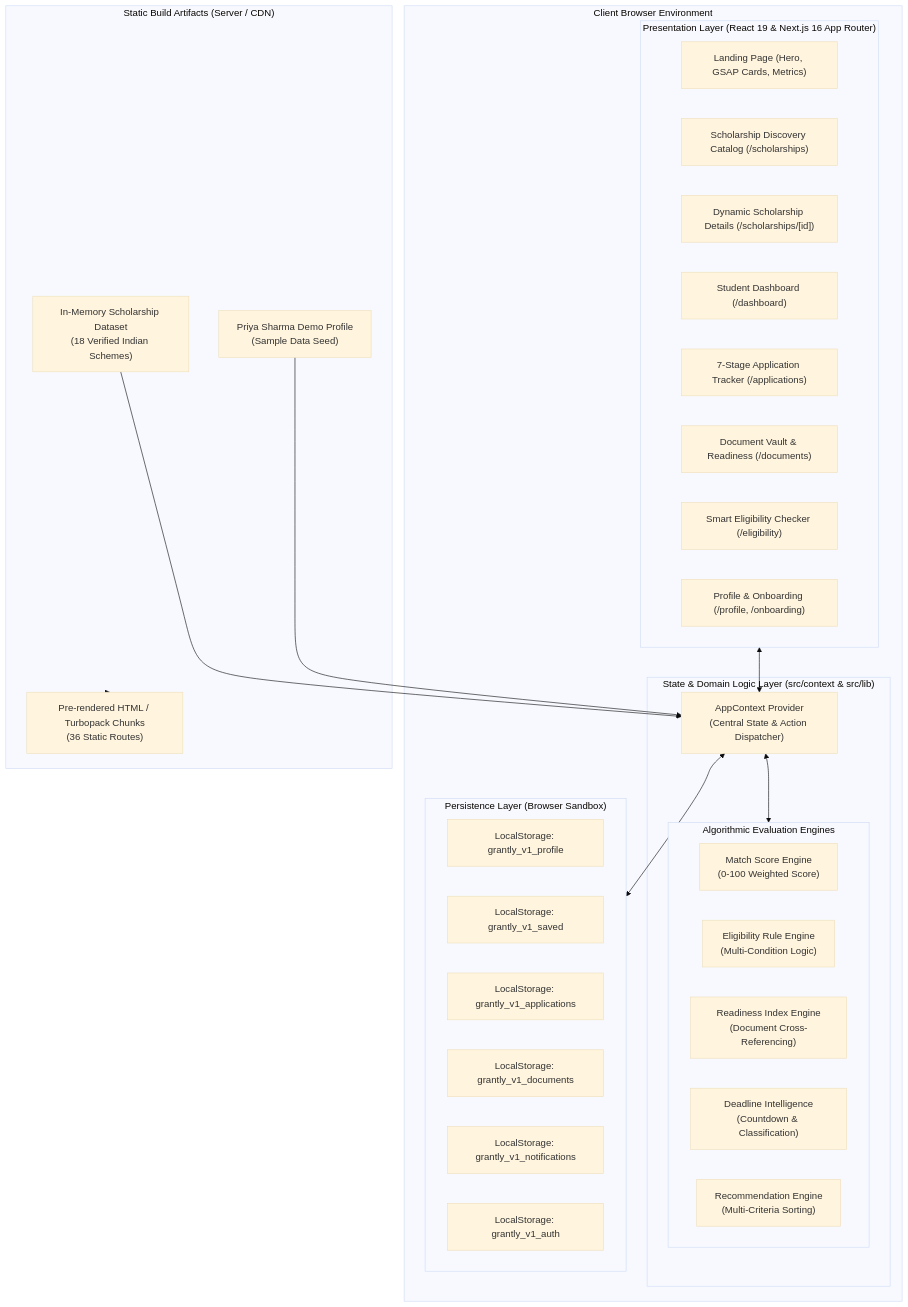
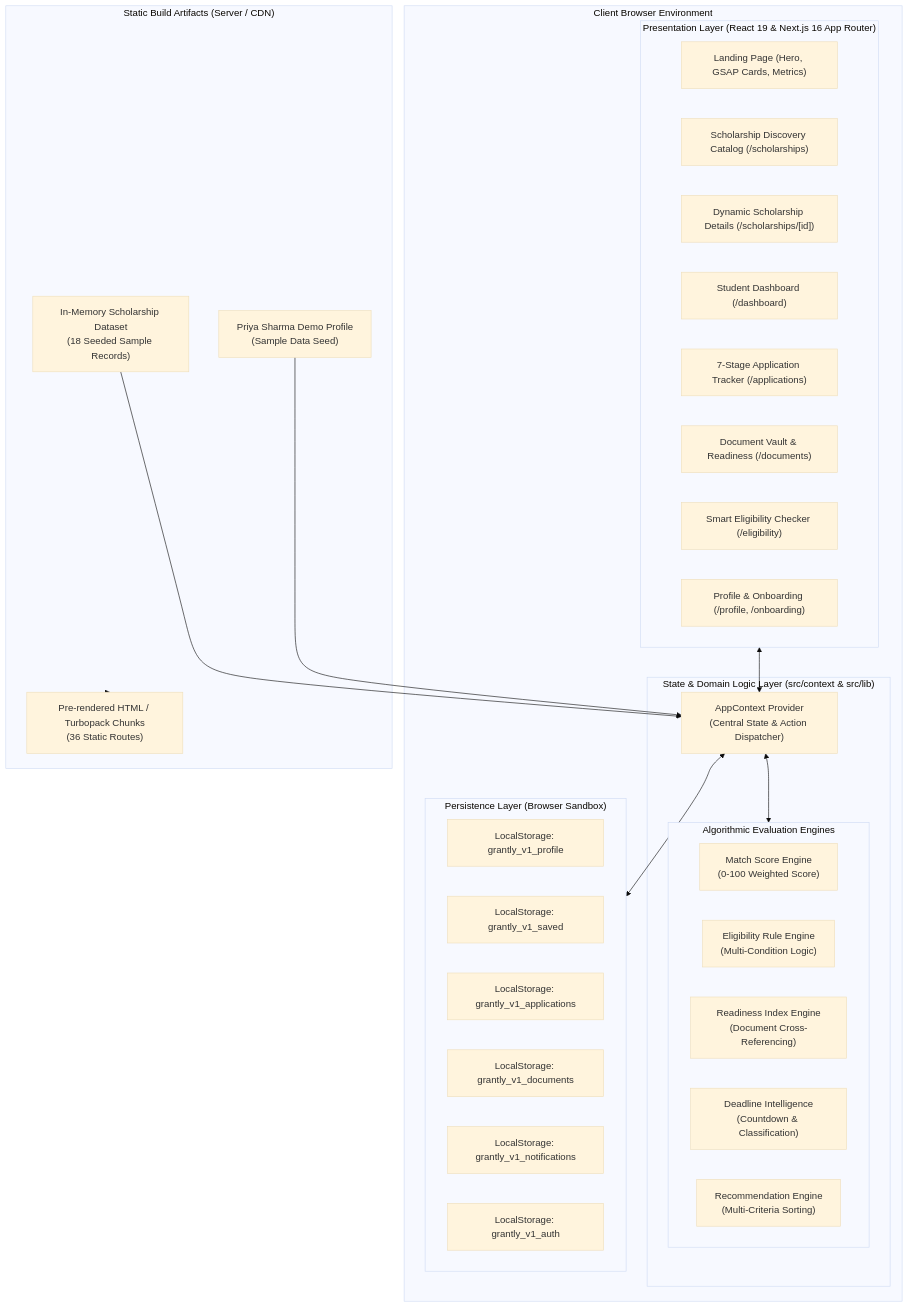
One commit to ValayaDase/Grantly changed the first of 7 diagrams in docs/architecture/SYSTEM_ARCHITECTURE.md. Above: the diagram before and after it, drawn with Mermaid (base theme). The commit also changed other lines of this file and 48 other files, not shown here.

````diff
--- a/docs/architecture/SYSTEM_ARCHITECTURE.md
+++ b/docs/architecture/SYSTEM_ARCHITECTURE.md
@@ -48,50 +48,50 @@
 ```mermaid
 graph TD
     subgraph UserSpace ["Client Browser Environment"]
         subgraph Presentation ["Presentation Layer (React 19 & Next.js 16 App Router)"]
             Landing["Landing Page (Hero, GSAP Cards, Metrics)"]
             Catalog["Scholarship Discovery Catalog (/scholarships)"]
             Detail["Dynamic Scholarship Details (/scholarships/[id])"]
             Dash["Student Dashboard (/dashboard)"]
             Tracker["7-Stage Application Tracker (/applications)"]
             Vault["Document Vault & Readiness (/documents)"]
             Checker["Smart Eligibility Checker (/eligibility)"]
             Profile["Profile & Onboarding (/profile, /onboarding)"]
         end
 
         subgraph CoreContext ["State & Domain Logic Layer (src/context & src/lib)"]
             AppContext["AppContext Provider\n(Central State & Action Dispatcher)"]
             
             subgraph Engines ["Algorithmic Evaluation Engines"]
                 MatchEngine["Match Score Engine\n(0-100 Weighted Score)"]
                 EligEngine["Eligibility Rule Engine\n(Multi-Condition Logic)"]
                 ReadyEngine["Readiness Index Engine\n(Document Cross-Referencing)"]
                 DeadlineEngine["Deadline Intelligence\n(Countdown & Classification)"]
                 RecomEngine["Recommendation Engine\n(Multi-Criteria Sorting)"]
             end
         end
 
         subgraph ClientStorage ["Persistence Layer (Browser Sandbox)"]
             LS_Profile["LocalStorage: grantly_v1_profile"]
             LS_Saved["LocalStorage: grantly_v1_saved"]
             LS_Apps["LocalStorage: grantly_v1_applications"]
             LS_Docs["LocalStorage: grantly_v1_documents"]
             LS_Notifs["LocalStorage: grantly_v1_notifications"]
             LS_Auth["LocalStorage: grantly_v1_auth"]
         end
     end
 
     subgraph StaticAssets ["Static Build Artifacts (Server / CDN)"]
-        Dataset["In-Memory Scholarship Dataset\n(18 Verified Indian Schemes)"]
+        Dataset["In-Memory Scholarship Dataset\n(18 Seeded Sample Records)"]
         DemoSeed["Priya Sharma Demo Profile\n(Sample Data Seed)"]
         StaticHTML["Pre-rendered HTML / Turbopack Chunks\n(36 Static Routes)"]
     end
 
     StaticAssets --> StaticHTML
     Dataset --> AppContext
     DemoSeed --> AppContext
 
     Presentation <--> AppContext
     AppContext <--> Engines
     AppContext <--> ClientStorage
 ```
````
